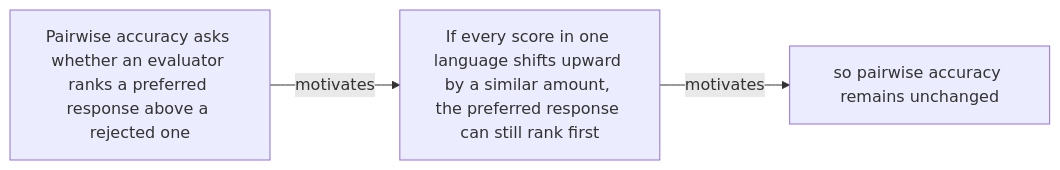
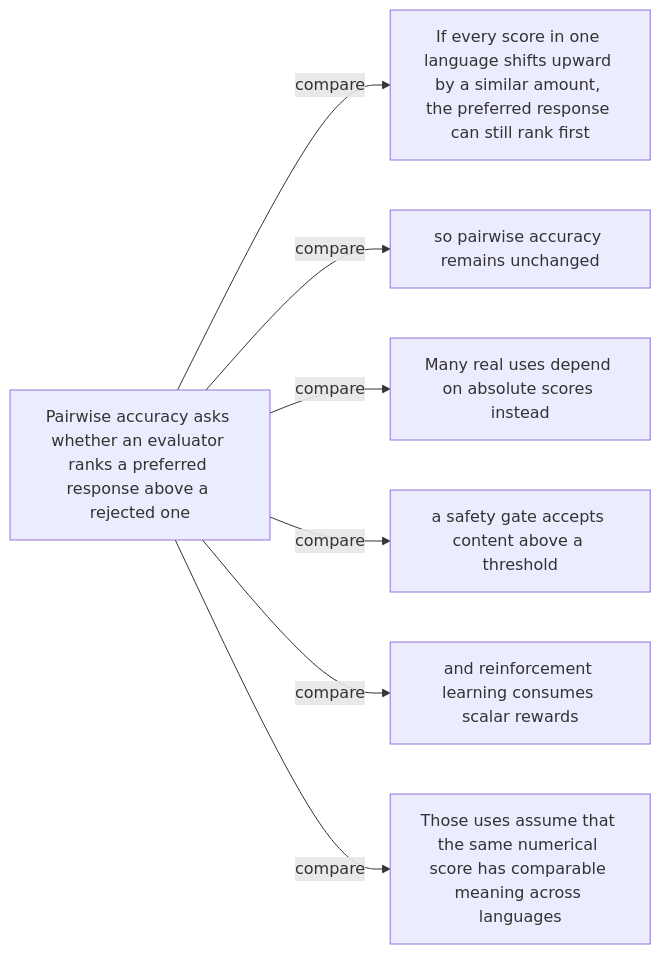
The third of 48 diagrams in docs/visual-manifests/VISUAL_MANIFEST_LLM_EVALUATORS_LANGUAGES.md (Betancourt1/paper_atlas), drawn with Mermaid before and after one commit. The commit also changed other lines of this file and 7 other files, not shown here.

````diff
--- a/docs/visual-manifests/VISUAL_MANIFEST_LLM_EVALUATORS_LANGUAGES.md
+++ b/docs/visual-manifests/VISUAL_MANIFEST_LLM_EVALUATORS_LANGUAGES.md
@@ -59,8 +204,16 @@
 ```mermaid
 flowchart LR
   n1["Pairwise accuracy asks whether an evaluator ranks a preferred response above a rejected one"]
   n2["If every score in one language shifts upward by a similar amount, the preferred response can still rank first"]
   n3["so pairwise accuracy remains unchanged"]
-  n1 -->|"motivates"| n2
-  n2 -->|"motivates"| n3
+  n4["Many real uses depend on absolute scores instead"]
+  n5["a safety gate accepts content above a threshold"]
+  n6["and reinforcement learning consumes scalar rewards"]
+  n7["Those uses assume that the same numerical score has comparable meaning across languages"]
+  n1 -->|"compare"| n2
+  n1 -->|"compare"| n3
+  n1 -->|"compare"| n4
+  n1 -->|"compare"| n5
+  n1 -->|"compare"| n6
+  n1 -->|"compare"| n7
 ```
````
